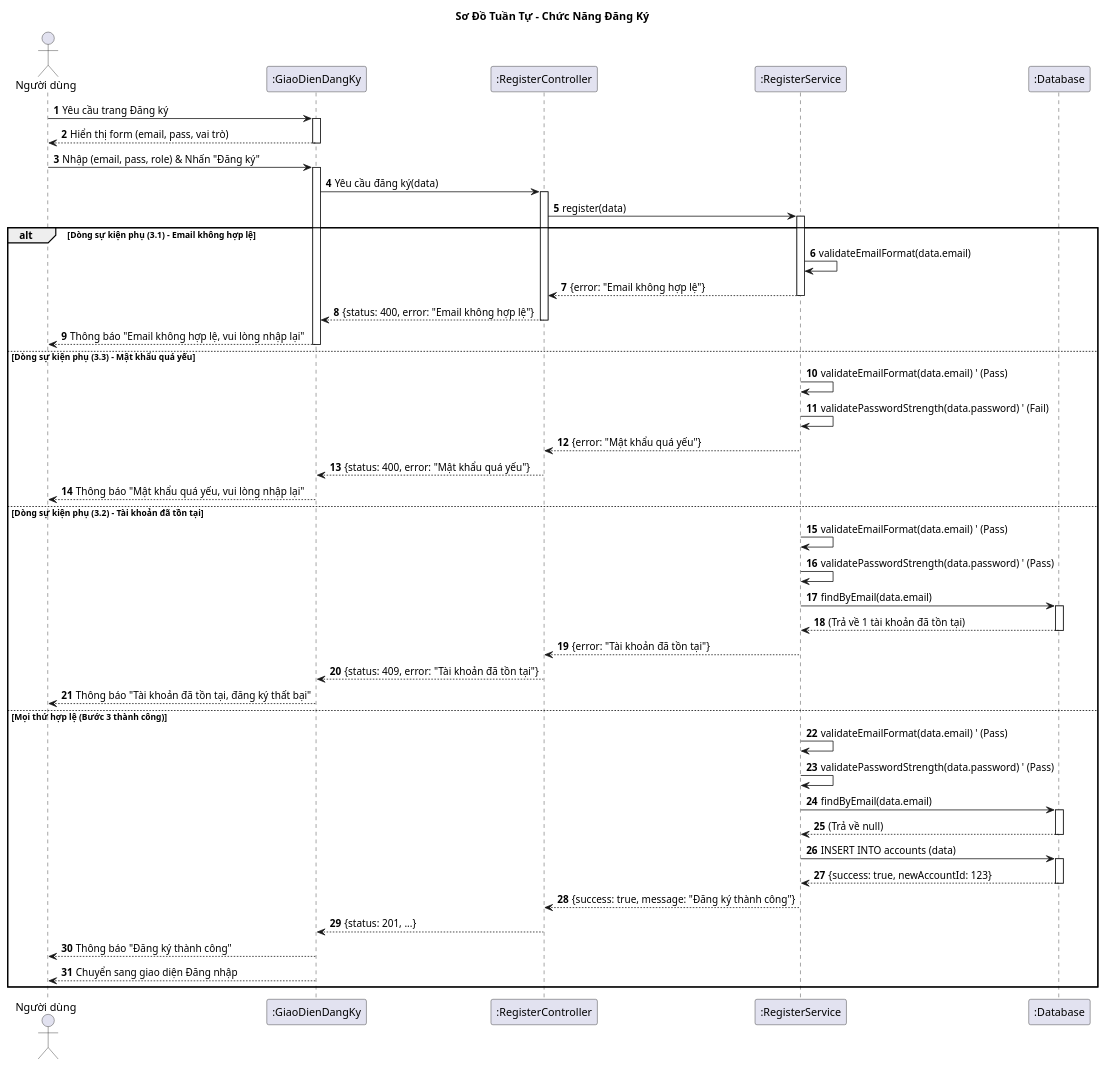
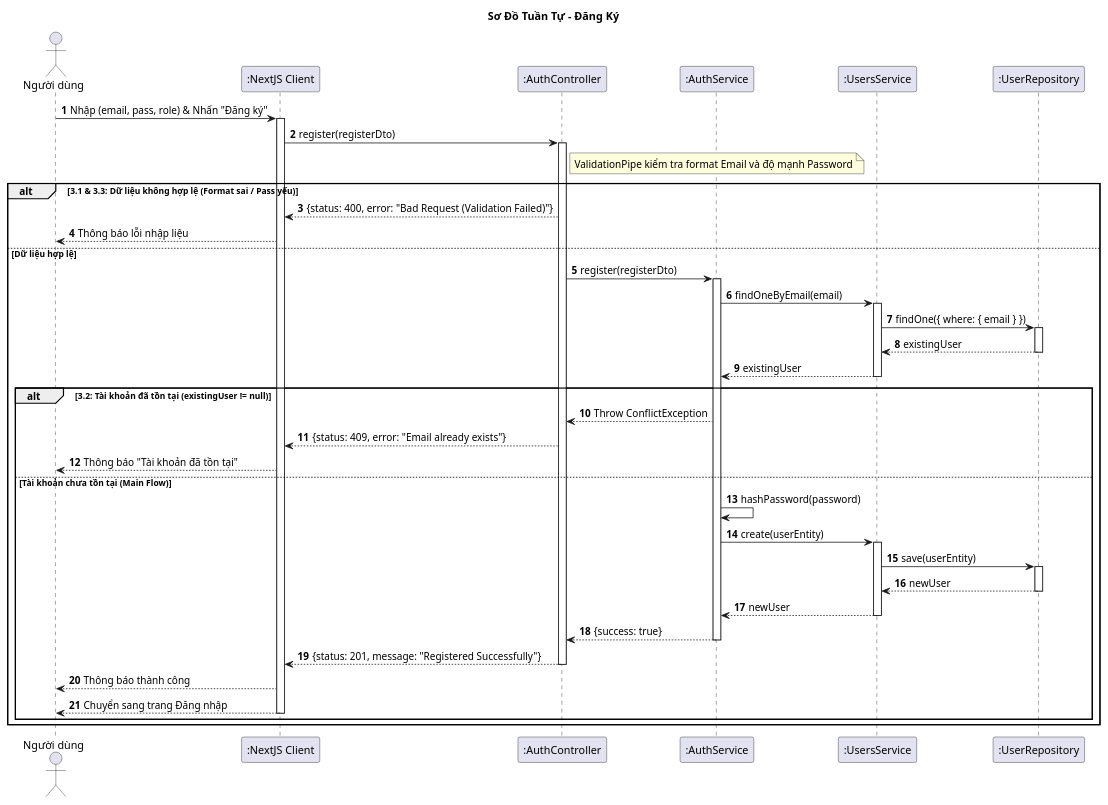
One commit to vinh047/soundwave changed the diagram in Diagrams/SequenceDiagram/SignupSD.plantuml. Above: the diagram before and after it, drawn with PlantUML. The commit also changed 25 other files, not shown here.

Commit message:
Thêm phần toggle theo dõi vào đặc tả, sửa sequence, sửa class đồng bộ với sequence

```diff
--- a/Diagrams/SequenceDiagram/SignupSD.plantuml
+++ b/Diagrams/SequenceDiagram/SignupSD.plantuml
@@ -1,95 +1,79 @@
-@startuml Sequence Diagram - Đăng Ký
+@startuml Sequence Diagram - Đăng Ký 
 
-title Sơ Đồ Tuần Tự - Chức Năng Đăng Ký
+title Sơ Đồ Tuần Tự - Đăng Ký  
 
 actor "Người dùng" as User
-participant ":GiaoDienDangKy" as UI
-participant ":RegisterController" as Controller
-participant ":RegisterService" as Service
-participant ":Database" as DB
+participant ":NextJS Client" as UI
+participant ":AuthController" as Controller
+participant ":AuthService" as AuthService
+participant ":UsersService" as UsersService
+participant ":UserRepository" as DB
 
 autonumber
 
-' === Dòng sự kiện chính (bước 1): Hiển thị form ===
-User -> UI: Yêu cầu trang Đăng ký
-activate UI
-UI --> User: Hiển thị form (email, pass, vai trò)
-deactivate UI
-
-' === Dòng sự kiện chính (bước 2): Người dùng gửi thông tin ===
+' === BƯỚC 1 & 2: GỬI YÊU CẦU ===
 User -> UI: Nhập (email, pass, role) & Nhấn "Đăng ký"
 activate UI
-UI -> Controller: Yêu cầu đăng ký(data)
+
+' NestJS dùng DTO để hứng và validate dữ liệu
+UI -> Controller: register(registerDto)
 activate Controller
-Controller -> Service: register(data)
-activate Service
 
-' === Dòng sự kiện (bước 3) & Các dòng sự kiện phụ ===
-' Service thực hiện các bước kiểm tra
-' 3.1: Kiểm tra email hợp lệ
-alt Dòng sự kiện phụ (3.1) - Email không hợp lệ
-    Service -> Service: validateEmailFormat(data.email)
-    ' (Giả sử kiểm tra thấy không hợp lệ)
-    Service --> Controller: {error: "Email không hợp lệ"}
-    deactivate Service
-    Controller --> UI: {status: 400, error: "Email không hợp lệ"}
-    deactivate Controller
+' === BƯỚC 3: XỬ LÝ LOGIC ===
+
+' --- CHECK 1 & 3: VALIDATION (Email format & Pass strength) ---
+' Trong NestJS, việc này thường được xử lý tự động bởi DTO + class-validator trước khi vào Controller
+' Nhưng ta vẽ ở đây để khớp với Use case 3.1 và 3.3
+note right of Controller: ValidationPipe kiểm tra format Email và độ mạnh Password
+
+alt 3.1 & 3.3: Dữ liệu không hợp lệ (Format sai / Pass yếu)
+    Controller --> UI: {status: 400, error: "Bad Request (Validation Failed)"}
+    UI --> User: Thông báo lỗi nhập liệu
+
+else Dữ liệu hợp lệ
+    Controller -> AuthService: register(registerDto)
+    activate AuthService
+
+    ' --- CHECK 2: TÀI KHOẢN TỒN TẠI (Use case 3.2) ---
+    AuthService -> UsersService: findOneByEmail(email)
+    activate UsersService
+    UsersService -> DB: findOne({ where: { email } })
+    activate DB
+    DB --> UsersService: existingUser
+    deactivate DB
+    UsersService --> AuthService: existingUser
+    deactivate UsersService
     
-    UI --> User: Thông báo "Email không hợp lệ, vui lòng nhập lại"
-    deactivate UI
-    
-' 3.3: Kiểm tra mật khẩu yếu
-else Dòng sự kiện phụ (3.3) - Mật khẩu quá yếu
-    Service -> Service: validateEmailFormat(data.email) ' (Pass)
-    Service -> Service: validatePasswordStrength(data.password) ' (Fail)
-    Service --> Controller: {error: "Mật khẩu quá yếu"}
-    deactivate Service
-    Controller --> UI: {status: 400, error: "Mật khẩu quá yếu"}
-    deactivate Controller
-    
-    UI --> User: Thông báo "Mật khẩu quá yếu, vui lòng nhập lại"
-    deactivate UI
-    
-' 3.2: Kiểm tra tài khoản tồn tại
-else Dòng sự kiện phụ (3.2) - Tài khoản đã tồn tại
-    Service -> Service: validateEmailFormat(data.email) ' (Pass)
-    Service -> Service: validatePasswordStrength(data.password) ' (Pass)
-    Service -> DB: findByEmail(data.email)
-    activate DB
-    DB --> Service: (Trả về 1 tài khoản đã tồn tại)
-    deactivate DB
-    
-    Service --> Controller: {error: "Tài khoản đã tồn tại"}
-    deactivate Service
-    Controller --> UI: {status: 409, error: "Tài khoản đã tồn tại"}
-    deactivate Controller
-    
-    UI --> User: Thông báo "Tài khoản đã tồn tại, đăng ký thất bại"
-    deactivate UI
-    
-' Dòng sự kiện chính (Bước 4 & 5) - Đăng ký thành công
-else Mọi thứ hợp lệ (Bước 3 thành công)
-    Service -> Service: validateEmailFormat(data.email) ' (Pass)
-    Service -> Service: validatePasswordStrength(data.password) ' (Pass)
-    Service -> DB: findByEmail(data.email)
-    activate DB
-    DB --> Service: (Trả về null)
-    deactivate DB
-
-    ' Bước 4: Ghi nhận tài khoản mới
-    Service -> DB: INSERT INTO accounts (data)
-    activate DB
-    DB --> Service: {success: true, newAccountId: 123}
-    deactivate DB
-    Service --> Controller: {success: true, message: "Đăng ký thành công"}
-    deactivate Service
-    Controller --> UI: {status: 201, ...}
-    deactivate Controller
-    
-    UI --> User: Thông báo "Đăng ký thành công"
-    
-    ' Bước 5: Chuyển giao diện
-    UI --> User: Chuyển sang giao diện Đăng nhập
-    deactivate UI
+    alt 3.2: Tài khoản đã tồn tại (existingUser != null)
+        AuthService --> Controller: Throw ConflictException
+        Controller --> UI: {status: 409, error: "Email already exists"}
+        UI --> User: Thông báo "Tài khoản đã tồn tại"
+        
+    else Tài khoản chưa tồn tại (Main Flow)
+        ' --- BƯỚC PHỤ QUAN TRỌNG: MÃ HÓA MẬT KHẨU ---
+        AuthService -> AuthService: hashPassword(password)
+        
+        ' --- BƯỚC 4: GHI DB ---
+        AuthService -> UsersService: create(userEntity)
+        activate UsersService
+        UsersService -> DB: save(userEntity)
+        activate DB
+        DB --> UsersService: newUser
+        deactivate DB
+        
+        UsersService --> AuthService: newUser
+        deactivate UsersService
+        
+        AuthService --> Controller: {success: true}
+        deactivate AuthService
+        
+        Controller --> UI: {status: 201, message: "Registered Successfully"}
+        deactivate Controller
+        
+        ' --- BƯỚC 5: CHUYỂN TRANG ---
+        UI --> User: Thông báo thành công
+        UI --> User: Chuyển sang trang Đăng nhập
+        deactivate UI
+    end
 end
 @enduml
```
